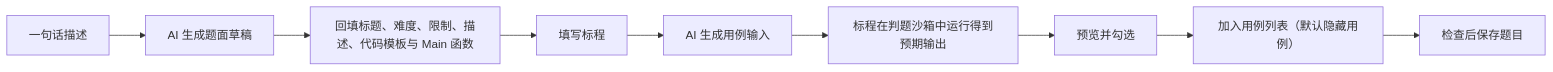
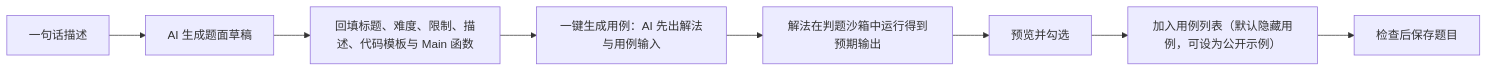
Before and after one commit to pluchon/online_oj_vue: the fifth of 14 diagrams in README.md, drawn with Mermaid. The commit also changed other lines of this file and 14 other files, not shown here.

````diff
--- a/README.md
+++ b/README.md
@@ -127,11 +131,10 @@
 ```mermaid
 flowchart LR
     Desc["一句话描述"] --> Draft["AI 生成题面草稿"]
     Draft --> Fill["回填标题、难度、限制、描述、代码模板与 Main 函数"]
-    Fill --> Std["填写标程"]
-    Std --> Gen["AI 生成用例输入"]
-    Gen --> Run["标程在判题沙箱中运行得到预期输出"]
+    Fill --> Gen["一键生成用例：AI 先出解法与用例输入"]
+    Gen --> Run["解法在判题沙箱中运行得到预期输出"]
     Run --> Preview["预览并勾选"]
-    Preview --> Append["加入用例列表（默认隐藏用例）"]
+    Preview --> Append["加入用例列表（默认隐藏用例，可设为公开示例）"]
     Append --> Save["检查后保存题目"]
 ```
````
